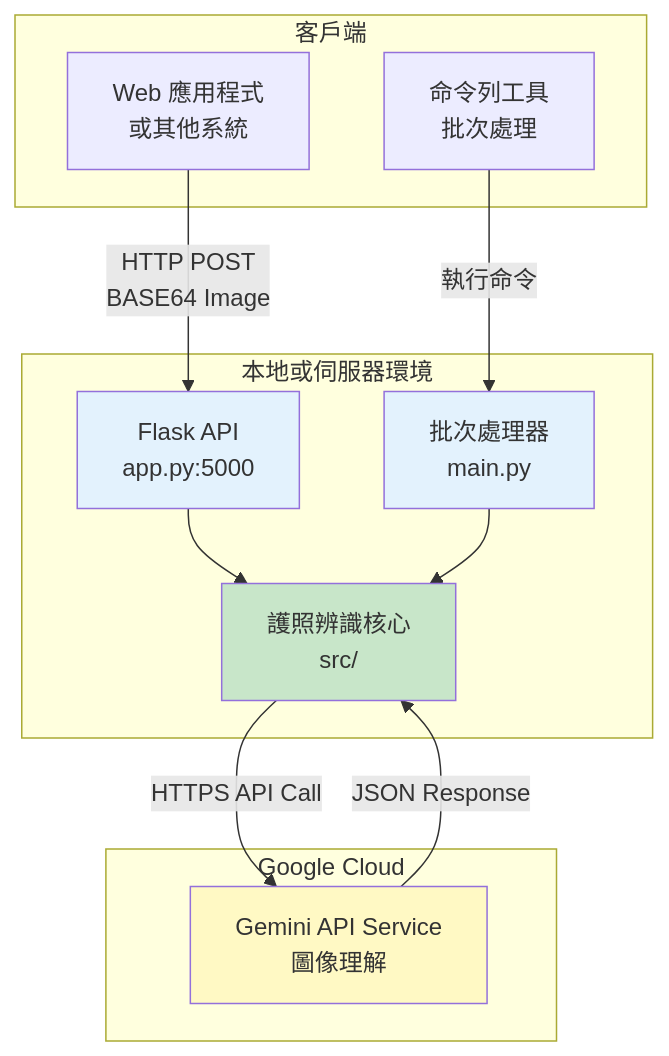
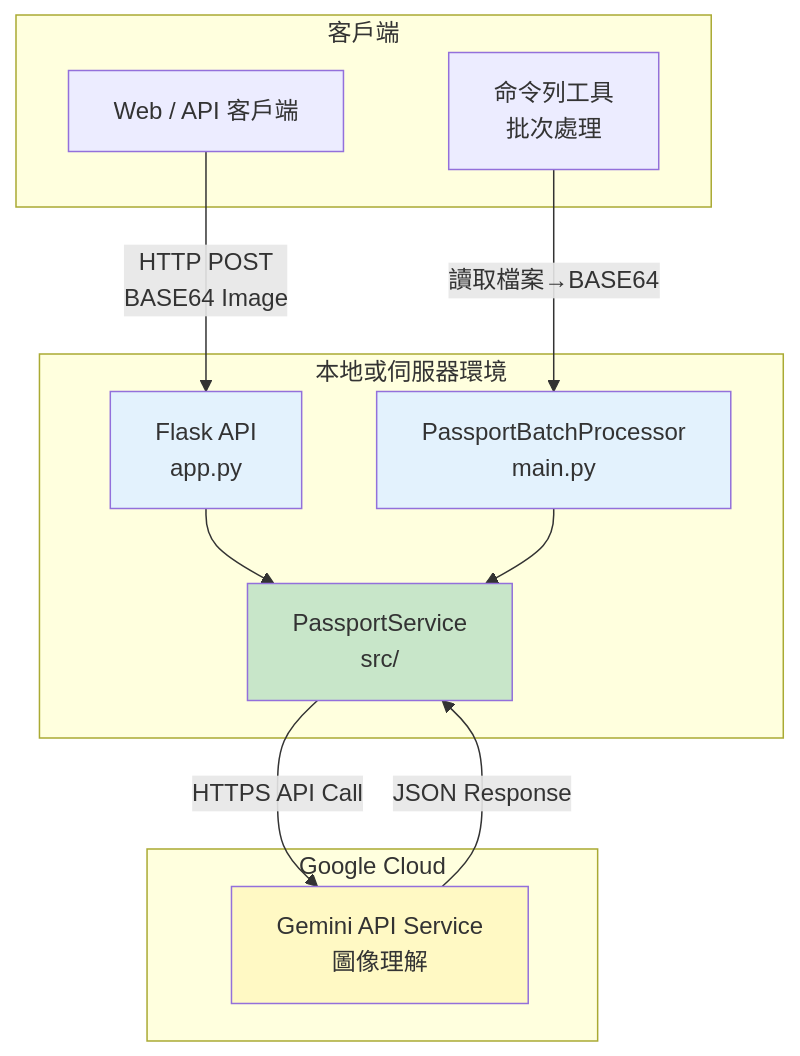
The fifth of 5 diagrams in 元件圖.md (wu02067602/Passport-image-recognition), drawn with Mermaid before and after one commit. The commit also changed other lines of this file and 10 other files, not shown here.

First line of the commit message:
Refactor: Simplify passport recognition and batch processing

````diff
--- a/元件圖.md
+++ b/元件圖.md
@@ -181,30 +166,30 @@
 ```mermaid
 graph TB
     subgraph "客戶端"
-        WEB[Web 應用程式<br/>或其他系統]
+        WEB[Web / API 客戶端]
         CLI[命令列工具<br/>批次處理]
     end
     
     subgraph "本地或伺服器環境"
-        API[Flask API<br/>app.py:5000]
-        BATCH[批次處理器<br/>main.py]
-        CORE[護照辨識核心<br/>src/]
+        API[Flask API<br/>app.py]
+        BATCH[PassportBatchProcessor<br/>main.py]
+        CORE[PassportService<br/>src/]
     end
     
     subgraph "Google Cloud"
         GEMINI[Gemini API Service<br/>圖像理解]
     end
     
     WEB -->|HTTP POST<br/>BASE64 Image| API
-    CLI -->|執行命令| BATCH
+    CLI -->|讀取檔案→BASE64| BATCH
     
     API --> CORE
     BATCH --> CORE
     CORE -->|HTTPS API Call| GEMINI
     GEMINI -->|JSON Response| CORE
     
     style API fill:#e3f2fd
     style BATCH fill:#e3f2fd
     style CORE fill:#c8e6c9
     style GEMINI fill:#fff9c4
 ```
````
